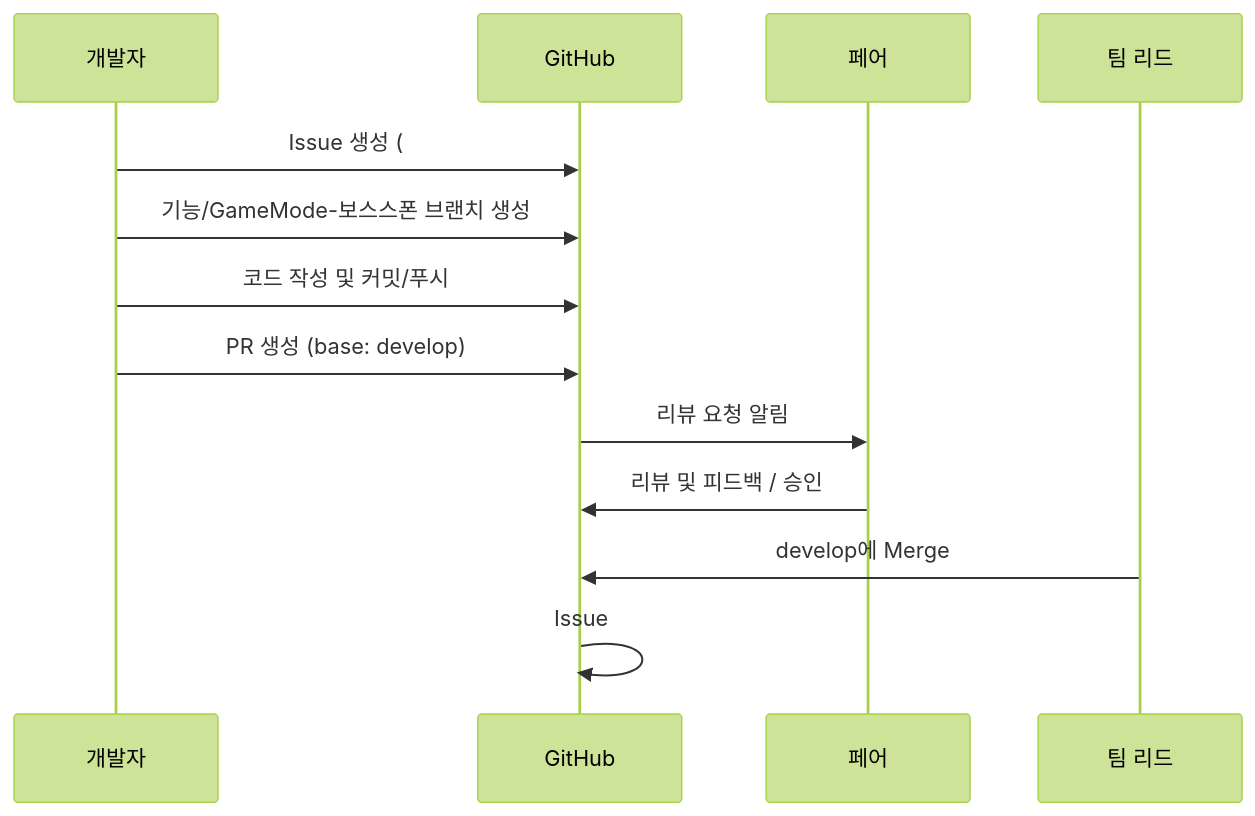
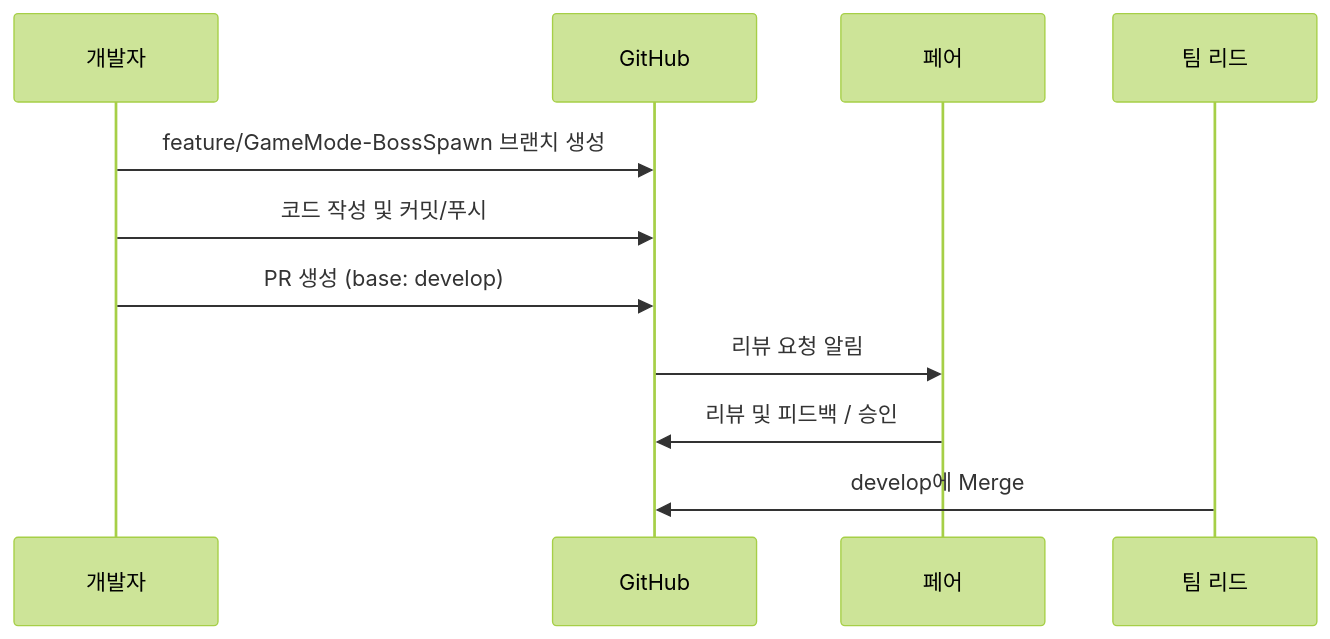
The fourth of 4 diagrams in October/git_manual/README.md (dltjgh17/Unreal_TIL), drawn with Mermaid (forest theme) before and after one commit. The commit also changed other lines of this file, not shown here.

````diff
--- a/October/git_manual/README.md
+++ b/October/git_manual/README.md
@@ -188,16 +153,14 @@
 ```mermaid
 sequenceDiagram
     participant Dev as 개발자
     participant GitHub as GitHub
     participant Pair as 페어
     participant Lead as 팀 리드
 
-    Dev->>GitHub: Issue 생성 (#12)
-    Dev->>GitHub: 기능/GameMode-보스스폰 브랜치 생성
+    Dev->>GitHub: feature/GameMode-BossSpawn 브랜치 생성
     Dev->>GitHub: 코드 작성 및 커밋/푸시
     Dev->>GitHub: PR 생성 (base: develop)
     GitHub->>Pair: 리뷰 요청 알림
     Pair->>GitHub: 리뷰 및 피드백 / 승인
     Lead->>GitHub: develop에 Merge
-    GitHub->>GitHub: Issue #12 자동 Close
 ```
````
